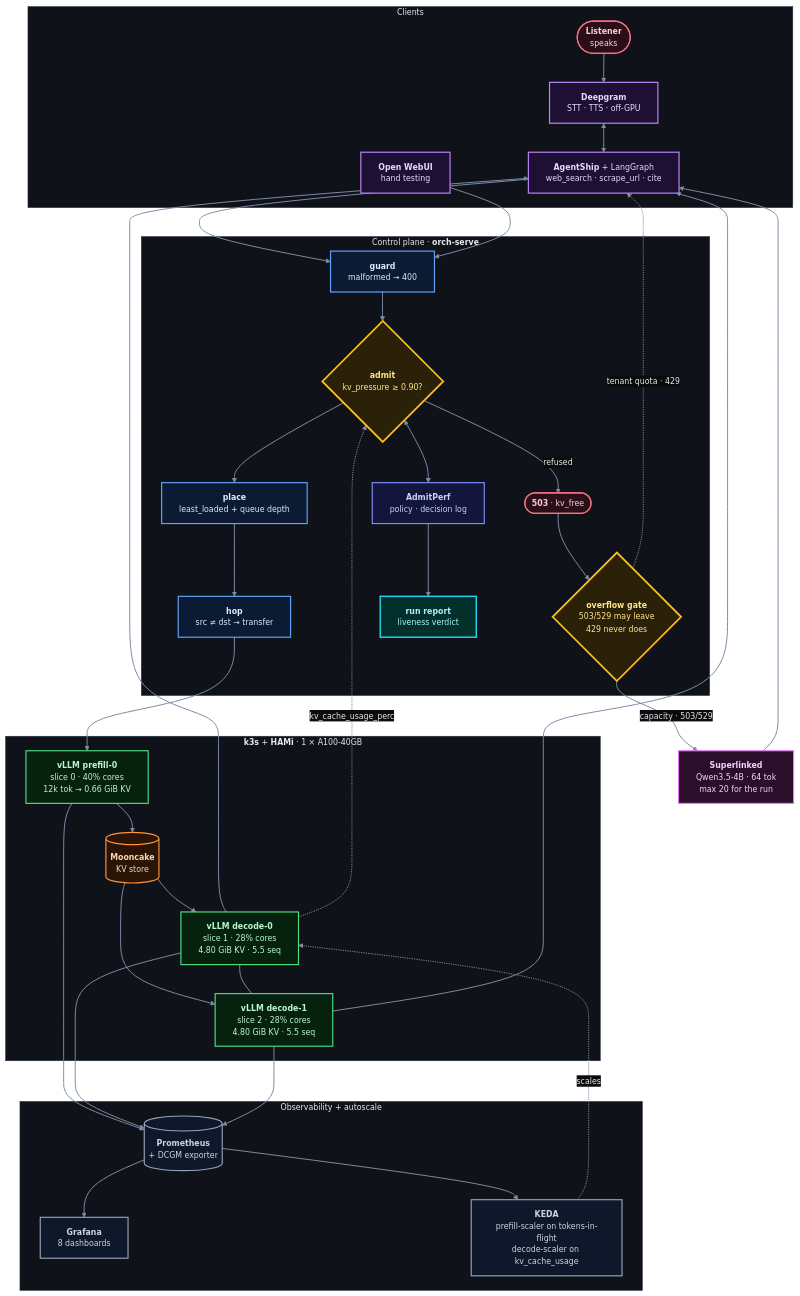
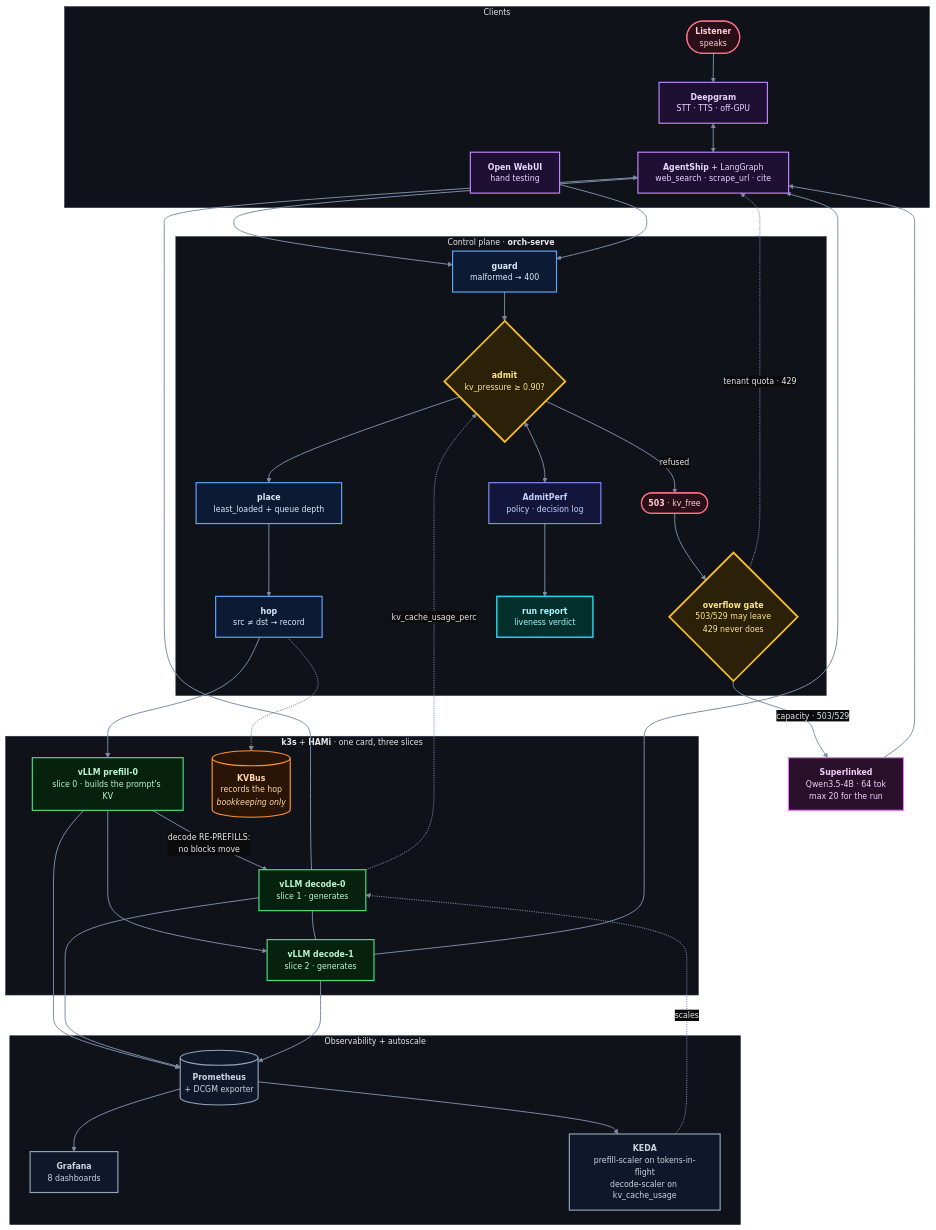
The diagram in README.md (harshuljain13/Dodona), drawn with Mermaid before and after one commit. The commit also changed other lines of this file and 10 other files, not shown here.

```diff
--- a/README.md
+++ b/README.md
@@ -60,7 +60,7 @@
       GD["<b>guard</b><br/>malformed → 400"]
       AD{"<b>admit</b><br/>kv_pressure ≥ 0.90?"}
       PL["<b>place</b><br/>least_loaded + queue depth"]
-      HP["<b>hop</b><br/>src ≠ dst → transfer"]
+      HP["<b>hop</b><br/>src ≠ dst → record"]
       GD --> AD --> PL --> HP
       AP["<b>AdmitPerf</b><br/>policy · decision log"]
       RF(["<b>503</b> · kv_free"])
@@ -69,14 +69,13 @@
     end
 
 
-    subgraph K8S["<b>k3s</b> + <b>HAMi</b> · 1 × A100-40GB"]
-      PF["<b>vLLM prefill-0</b><br/>slice 0 · 40% cores<br/>12k tok → 0.66 GiB KV"]
-      MC[("<b>Mooncake</b><br/>KV store")]
-      D0["<b>vLLM decode-0</b><br/>slice 1 · 28% cores<br/>4.80 GiB KV · 5.5 seq"]
-      D1["<b>vLLM decode-1</b><br/>slice 2 · 28% cores<br/>4.80 GiB KV · 5.5 seq"]
-      PF --> MC
-      MC --> D0
-      MC --> D1
+    subgraph K8S["<b>k3s</b> + <b>HAMi</b> · one card, three slices"]
+      PF["<b>vLLM prefill-0</b><br/>slice 0 · builds the prompt's KV"]
+      D0["<b>vLLM decode-0</b><br/>slice 1 · generates"]
+      D1["<b>vLLM decode-1</b><br/>slice 2 · generates"]
+      PF -->|"decode RE-PREFILLS:<br/>no blocks move"| D0
+      PF --> D1
+      MC[("<b>KVBus</b><br/>records the hop<br/><i>bookkeeping only</i>")]
       D0 ~~~ D1
     end
 
@@ -93,6 +92,7 @@
     AG --> GD
     UI --> GD
     HP --> PF
+    HP -.-> MC
     D0 --> AG
     D1 --> AG
     AD -->|"refused"| RF
```
